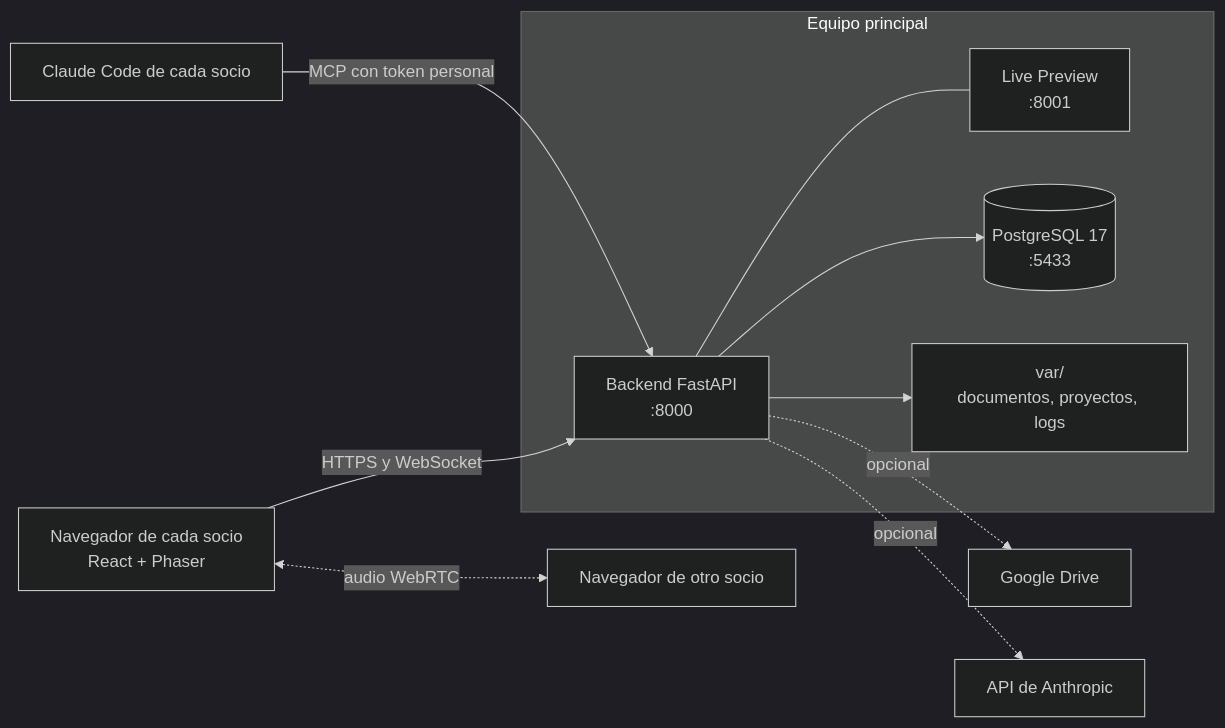
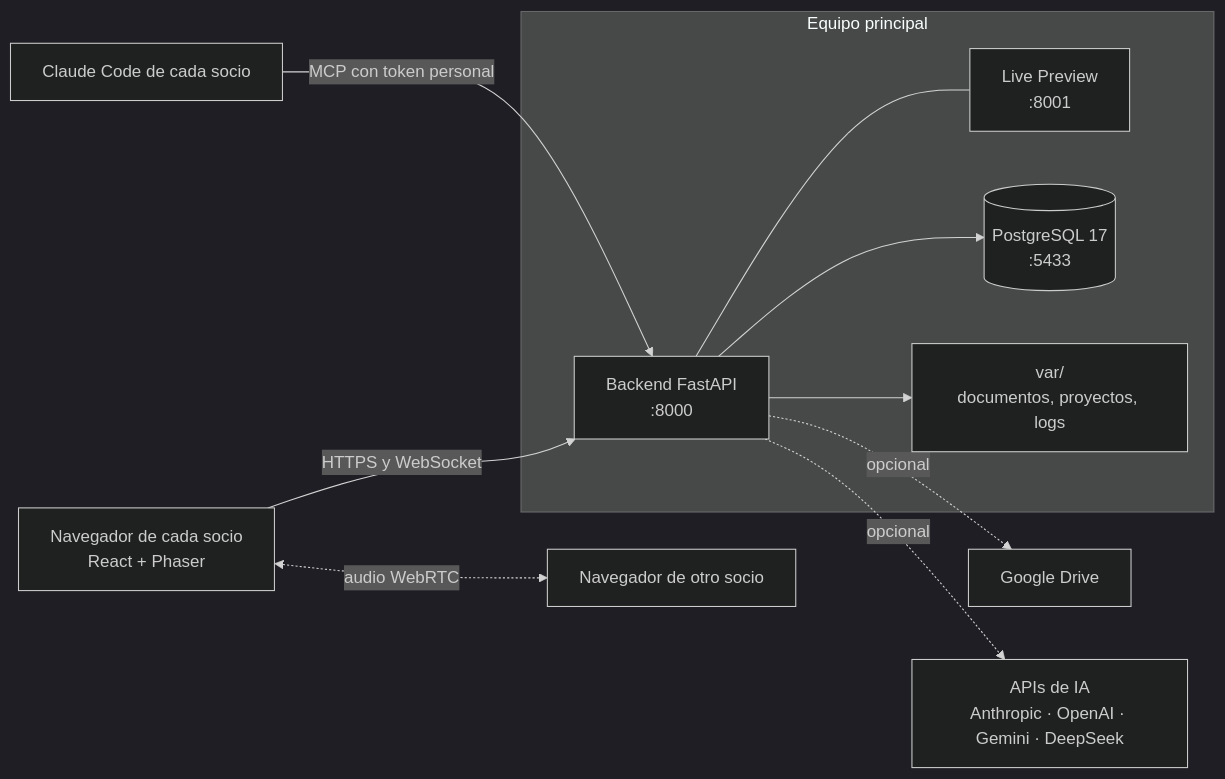
The diagram in README.md (jhosMQZ/wadima), drawn with Mermaid (dark theme) before and after one commit. The commit also changed other lines of this file and 18 other files, not shown here.

First line of the commit message:
Conectar otras APIs de IA además de Claude: OpenAI, Gemini, DeepSeek y compatibles

````diff
--- a/README.md
+++ b/README.md
@@ -137,17 +137,17 @@
 ```mermaid
 flowchart LR
     subgraph Equipo["Equipo principal"]
         API["Backend FastAPI<br/>:8000"]
         PRE["Live Preview<br/>:8001"]
         DB[("PostgreSQL 17<br/>:5433")]
         VAR["var/<br/>documentos, proyectos, logs"]
         API --> DB
         API --> VAR
         API --- PRE
     end
     NAV["Navegador de cada socio<br/>React + Phaser"] -- "HTTPS y WebSocket" --> API
     NAV <-. "audio WebRTC" .-> NAV2["Navegador de otro socio"]
     CC["Claude Code de cada socio"] -- "MCP con token personal" --> API
     API -. opcional .-> GD["Google Drive"]
-    API -. opcional .-> AN["API de Anthropic"]
+    API -. opcional .-> AN["APIs de IA<br/>Anthropic · OpenAI · Gemini · DeepSeek"]
 ```
````
